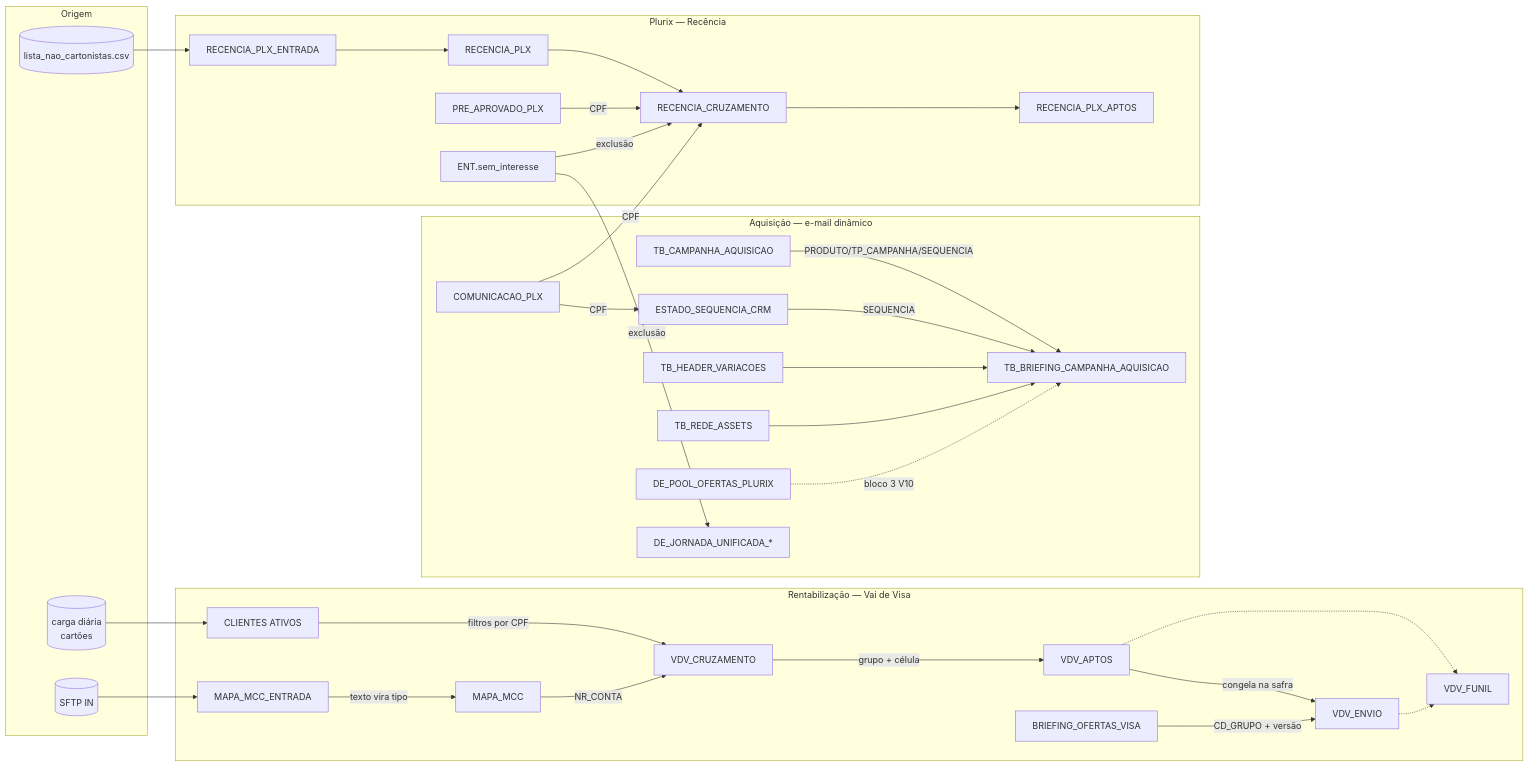
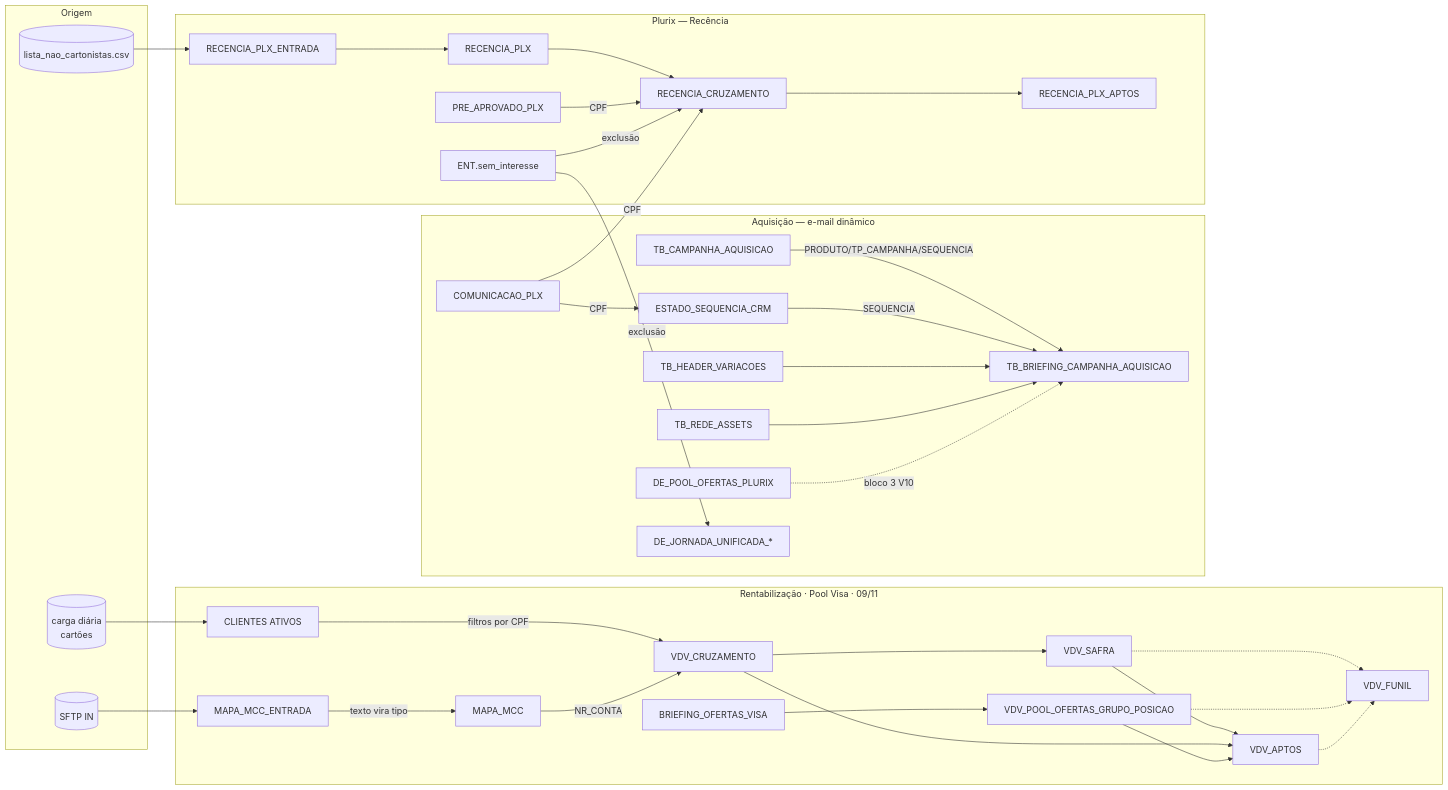
The first of 2 diagrams in docs/wiki-vault/02-Entidades-Dados/SFMC/MOC-SFMC-DEs-e-Automations.md (GrowthAfinz/GaaS-Framework-Afinz), drawn with Mermaid before and after one commit. The commit also changed other lines of this file and 41 other files, not shown here.

First line of the commit message:
Pool Visa: estratégia multicanal, Wiki e prévia da LP (#93)

````diff
--- a/docs/wiki-vault/02-Entidades-Dados/SFMC/MOC-SFMC-DEs-e-Automations.md
+++ b/docs/wiki-vault/02-Entidades-Dados/SFMC/MOC-SFMC-DEs-e-Automations.md
@@ -24,57 +24,61 @@
 ```mermaid
 flowchart LR
   subgraph Origem
     SFTP_IN[(SFTP IN)]
     CARGA_D[(carga diária<br/>cartões)]
     PLX_ARQ[(lista_nao_cartonistas.csv)]
   end
-  subgraph Rentabilizacao["Rentabilização — Vai de Visa"]
+  subgraph Rentabilizacao["Rentabilização · Pool Visa · 09/11"]
     ENTR[MAPA_MCC_ENTRADA]
     MAPA[MAPA_MCC]
     CA[CLIENTES ATIVOS]
     CRZ[VDV_CRUZAMENTO]
+    SAF[VDV_SAFRA]
     APT[VDV_APTOS]
-    ENV[VDV_ENVIO]
     FUN[VDV_FUNIL]
     OF[BRIEFING_OFERTAS_VISA]
+    POO[VDV_POOL_OFERTAS_GRUPO_POSICAO]
   end
   subgraph Aquisicao["Aquisição — e-mail dinâmico"]
     AUD[TB_CAMPANHA_AQUISICAO]
     BRF[TB_BRIEFING_CAMPANHA_AQUISICAO]
     HDR[TB_HEADER_VARIACOES]
     REDE[TB_REDE_ASSETS]
     POOLP[DE_POOL_OFERTAS_PLURIX]
     COM[COMUNICACAO_PLX]
     EST[ESTADO_SEQUENCIA_CRM]
     UNI["DE_JORNADA_UNIFICADA_*"]
   end
   subgraph Recencia["Plurix — Recência"]
     R_ENT[RECENCIA_PLX_ENTRADA]
     R_HIST[RECENCIA_PLX]
     R_CRZ[RECENCIA_CRUZAMENTO]
     R_APT[RECENCIA_PLX_APTOS]
     PRE[PRE_APROVADO_PLX]
     SEMI["ENT.sem_interesse"]
   end
   CARGA_D --> CA
   SFTP_IN --> ENTR
   ENTR -- texto vira tipo --> MAPA
   CA -- filtros por CPF --> CRZ
   MAPA -- NR_CONTA --> CRZ
-  CRZ -- grupo + célula --> APT
-  APT -- congela na safra --> ENV
-  OF -- CD_GRUPO + versão --> ENV
+  CRZ --> SAF
+  SAF --> APT
+  CRZ --> APT
+  OF --> POO
+  POO --> APT
+  SAF -.-> FUN
+  POO -.-> FUN
   APT -.-> FUN
-  ENV -.-> FUN
   AUD -- PRODUTO/TP_CAMPANHA/SEQUENCIA --> BRF
   COM -- CPF --> EST
   EST -- SEQUENCIA --> BRF
   HDR --> BRF
   REDE --> BRF
   POOLP -. bloco 3 V10 .-> BRF
   PLX_ARQ --> R_ENT --> R_HIST --> R_CRZ --> R_APT
   COM -- CPF --> R_CRZ
   PRE -- CPF --> R_CRZ
   SEMI -- exclusão --> R_CRZ
   SEMI -- exclusão --> UNI
 ```
````
